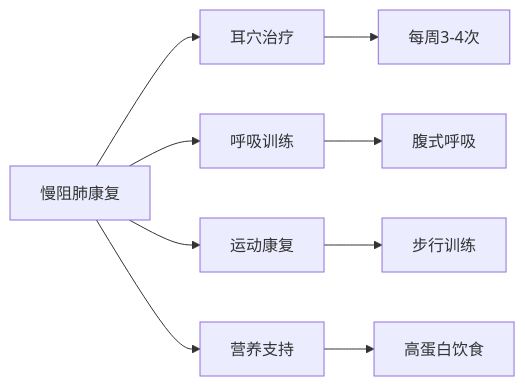
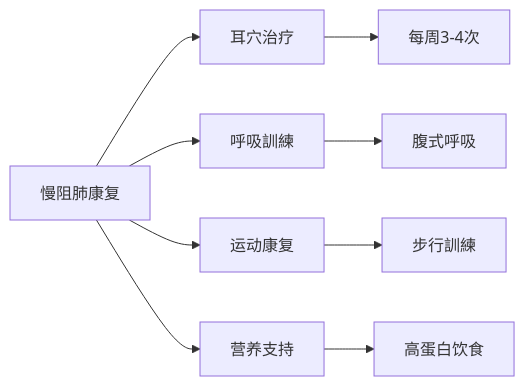
One commit to kmjade/knowledge-value changed the second of 2 diagrams in 3 Resources/01-Tech/🏥 专业知识/耳穴知识库/04_临床应用/呼吸系统疾病治疗方案.md. Above: the diagram before and after it, drawn with Mermaid. The commit also changed other lines of this file and 653 other files, not shown here.

````diff
--- a/3 Resources/01-Tech/🏥 专业知识/耳穴知识库/04_临床应用/呼吸系统疾病治疗方案.md
+++ b/3 Resources/01-Tech/🏥 专业知识/耳穴知识库/04_临床应用/呼吸系统疾病治疗方案.md
@@ -170,12 +170,12 @@
 ```mermaid
 graph LR
     A[慢阻肺康复] --> B[耳穴治疗]
-    A --> C[呼吸训练]
+    A --> C[呼吸訓練]
     A --> D[运动康复]
     A --> E[营养支持]
     
     B --> B1[每周3-4次]
     C --> C1[腹式呼吸]
-    D --> D1[步行训练]
+    D --> D1[步行訓練]
     E --> E1[高蛋白饮食]
 ```
````
